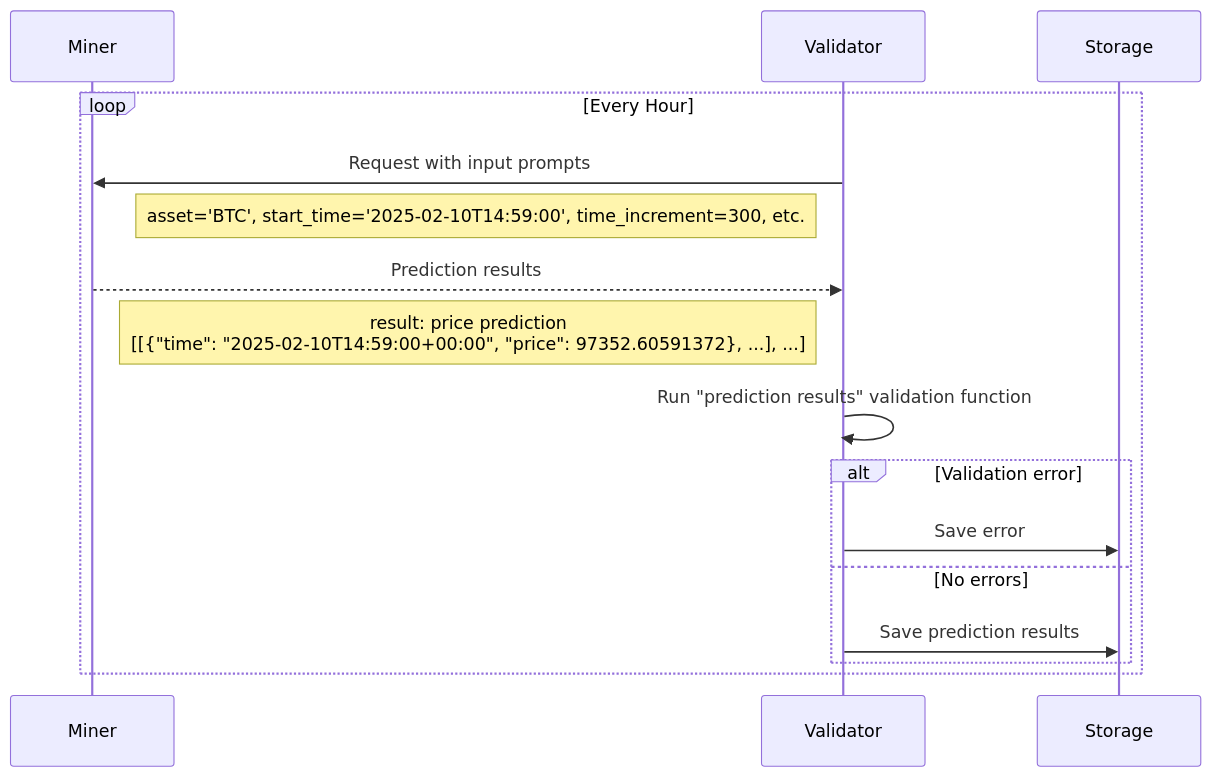
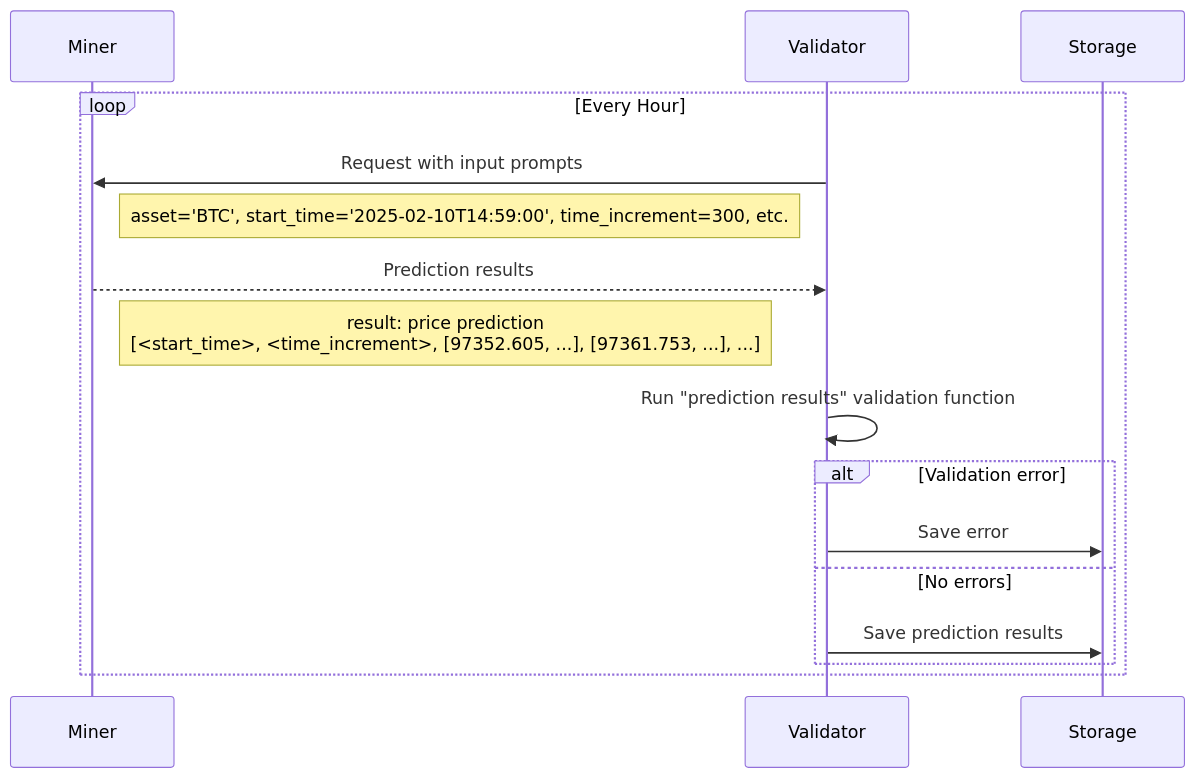
One commit to synthdataco/synth-subnet changed the first of 2 diagrams in README.md. Above: the diagram before and after it, drawn with Mermaid. The commit also changed other lines of this file and 32 other files, not shown here.

````diff
--- a/README.md
+++ b/README.md
@@ -83,22 +83,22 @@
 ```mermaid
 sequenceDiagram
     participant Miner
     participant Validator
     participant Storage
 
     loop Every Hour
         Validator->>Miner: Request with input prompts
         note left of Validator: asset='BTC', start_time='2025-02-10T14:59:00', time_increment=300, etc.
 
         Miner-->>Validator: Prediction results
-        note right of Miner: result: price prediction <br/> [[{"time": "2025-02-10T14:59:00+00:00", "price": 97352.60591372}, ...], ...]
+        note right of Miner: result: price prediction <br/> [<start_time>, <time_increment>, [97352.605, ...], [97361.753, ...], ...]
 
         Validator->>Validator: Run "prediction results" validation function
 
         alt Validation error
             Validator->>Storage: Save error
         else No errors
             Validator->>Storage: Save prediction results
         end
     end
 ```
````
